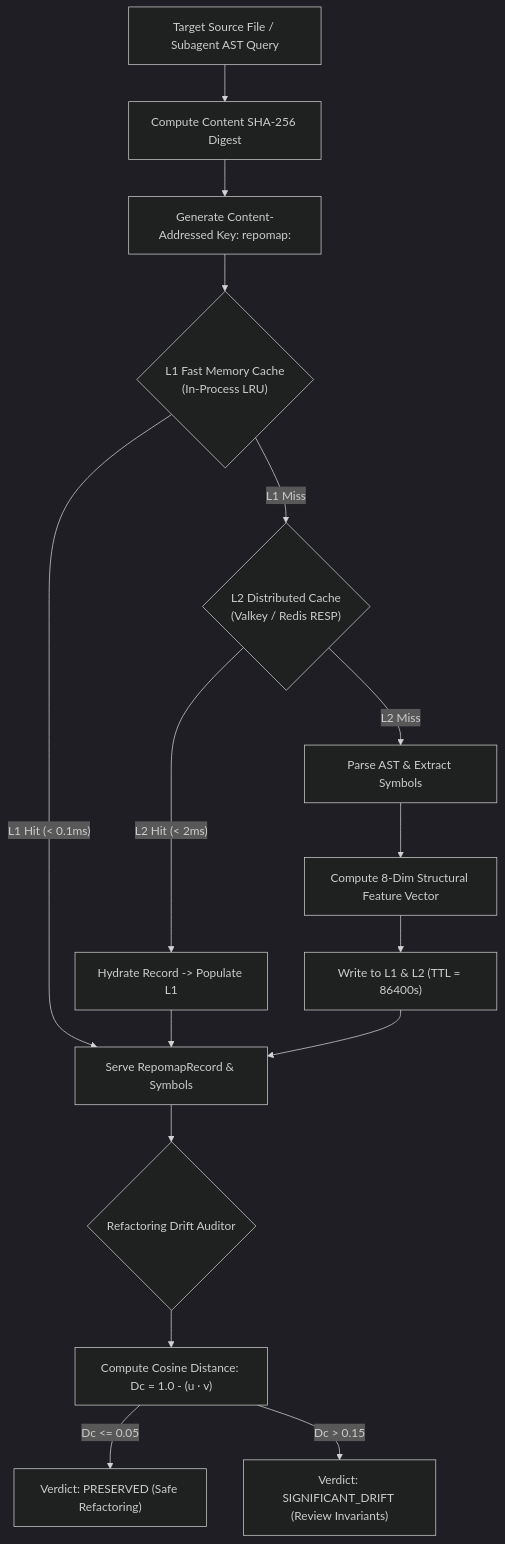
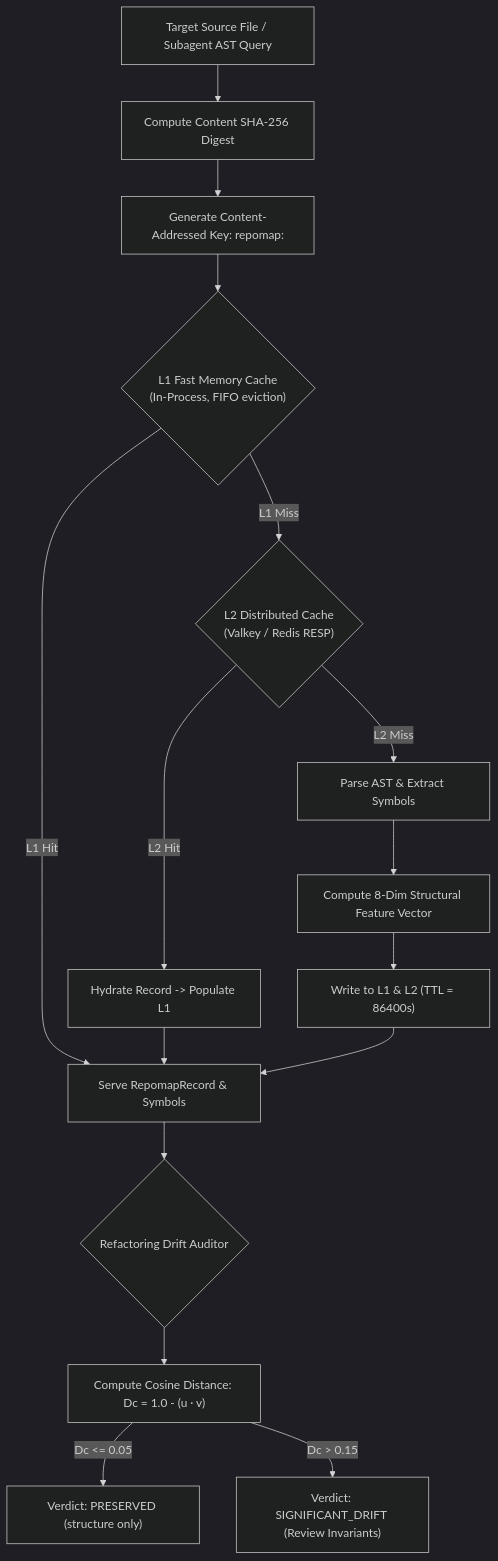
One commit to dan-petty/vibes changed the diagram in observations/systems/04-content-addressed-two-tier-caching-and-embedding-drift-audits.md. Above: the diagram before and after it, drawn with Mermaid (dark theme). The commit also changed other lines of this file and 248 other files, not shown here.

````diff
--- a/observations/systems/04-content-addressed-two-tier-caching-and-embedding-drift-audits.md
+++ b/observations/systems/04-content-addressed-two-tier-caching-and-embedding-drift-audits.md
@@ -26,20 +26,20 @@
 ```mermaid
 flowchart TD
     Req["Target Source File / Subagent AST Query"] --> HASH["Compute Content SHA-256 Digest"]
     HASH --> KEY["Generate Content-Addressed Key: repomap:<sha256>"]
 
-    KEY --> L1{"L1 Fast Memory Cache<br/>(In-Process LRU)"}
-    L1 -->|"L1 Hit (< 0.1ms)"| Serve["Serve RepomapRecord & Symbols"]
+    KEY --> L1{"L1 Fast Memory Cache<br/>(In-Process, FIFO eviction)"}
+    L1 -->|"L1 Hit"| Serve["Serve RepomapRecord & Symbols"]
     L1 -->|L1 Miss| L2{"L2 Distributed Cache<br/>(Valkey / Redis RESP)"}
 
-    L2 -->|"L2 Hit (< 2ms)"| Hydrate["Hydrate Record -> Populate L1"] --> Serve
+    L2 -->|"L2 Hit"| Hydrate["Hydrate Record -> Populate L1"] --> Serve
     L2 -->|L2 Miss| Compute["Parse AST & Extract Symbols"]
 
     Compute --> Embed["Compute 8-Dim Structural Feature Vector"]
     Embed --> Store["Write to L1 & L2 (TTL = 86400s)"] --> Serve
 
     Serve --> Drift{"Refactoring Drift Auditor"}
     Drift --> Cosine["Compute Cosine Distance: Dc = 1.0 - (u · v)"]
-    Cosine -->|"Dc <= 0.05"| OK["Verdict: PRESERVED (Safe Refactoring)"]
+    Cosine -->|"Dc <= 0.05"| OK["Verdict: PRESERVED (structure only)"]
     Cosine -->|"Dc > 0.15"| Warn["Verdict: SIGNIFICANT_DRIFT (Review Invariants)"]
 ```
````
